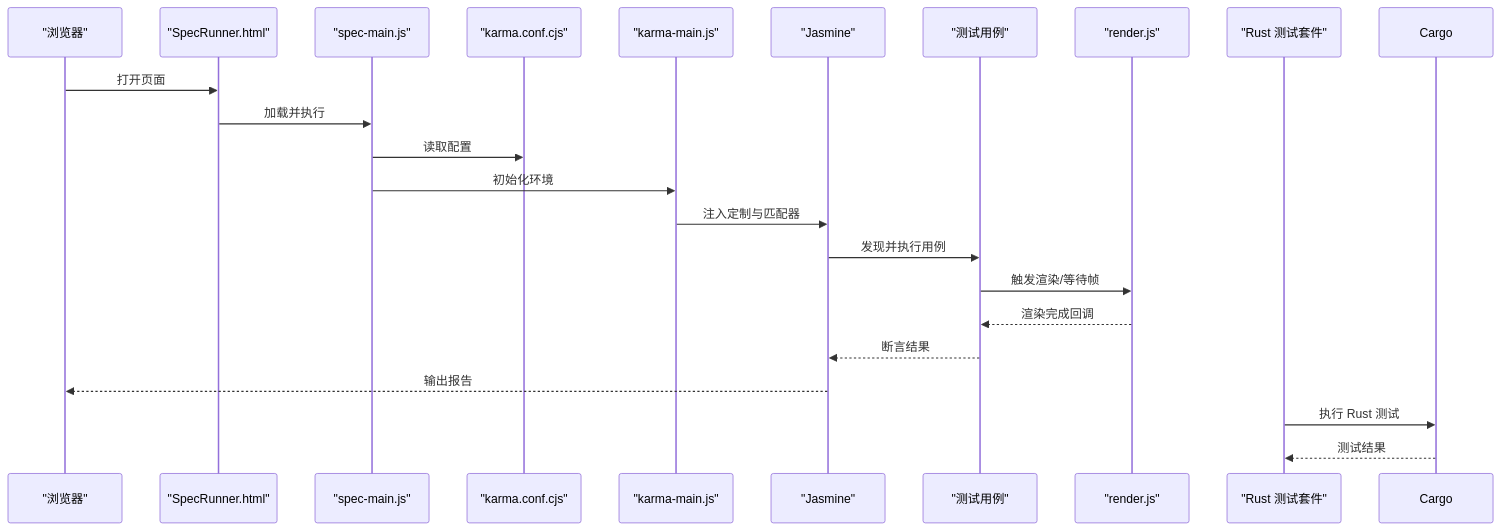
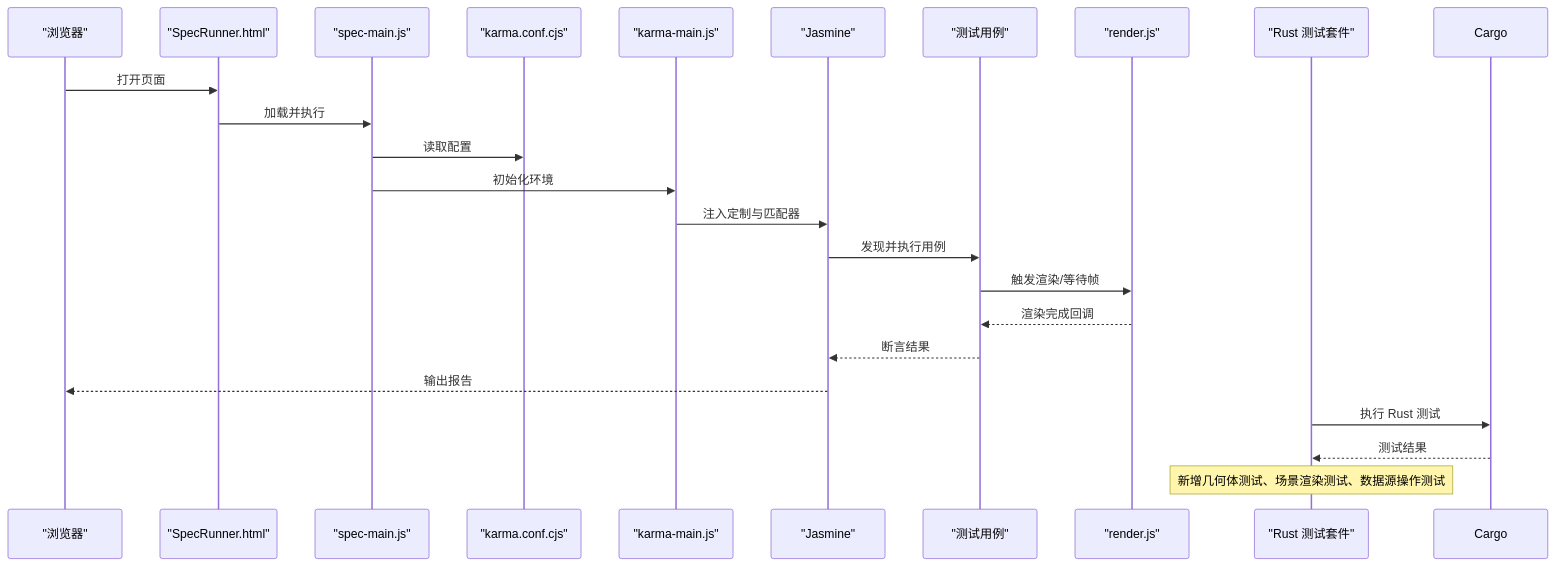
One commit to rzhangjing/cesium changed the second of 6 diagrams in .qoder/repowiki/zh/content/测试与调试/Specs测试框架.md. Above: the diagram before and after it, drawn with Mermaid. The commit also changed other lines of this file and 16 other files, not shown here.

````diff
--- a/.qoder/repowiki/zh/content/测试与调试/Specs测试框架.md
+++ b/.qoder/repowiki/zh/content/测试与调试/Specs测试框架.md
@@ -189,24 +189,25 @@
 ```mermaid
 sequenceDiagram
 participant Browser as "浏览器"
 participant Runner as "SpecRunner.html"
 participant Main as "spec-main.js"
 participant Karma as "karma.conf.cjs"
 participant Env as "karma-main.js"
 participant Jasmine as "Jasmine"
 participant Test as "测试用例"
 participant Render as "render.js"
 participant RustTests as "Rust 测试套件"
 Browser->>Runner : 打开页面
 Runner->>Main : 加载并执行
 Main->>Karma : 读取配置
 Main->>Env : 初始化环境
 Env->>Jasmine : 注入定制与匹配器
 Jasmine->>Test : 发现并执行用例
 Test->>Render : 触发渲染/等待帧
 Render-->>Test : 渲染完成回调
 Test-->>Jasmine : 断言结果
 Jasmine-->>Browser : 输出报告
 RustTests->>Cargo : 执行 Rust 测试
 Cargo-->>RustTests : 测试结果
+Note over RustTests : 新增几何体测试、场景渲染测试、数据源操作测试
 ```
````
